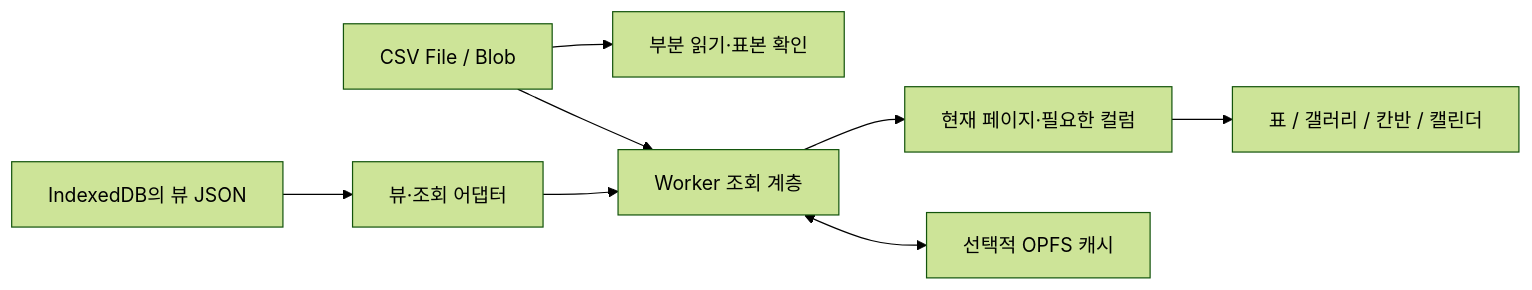
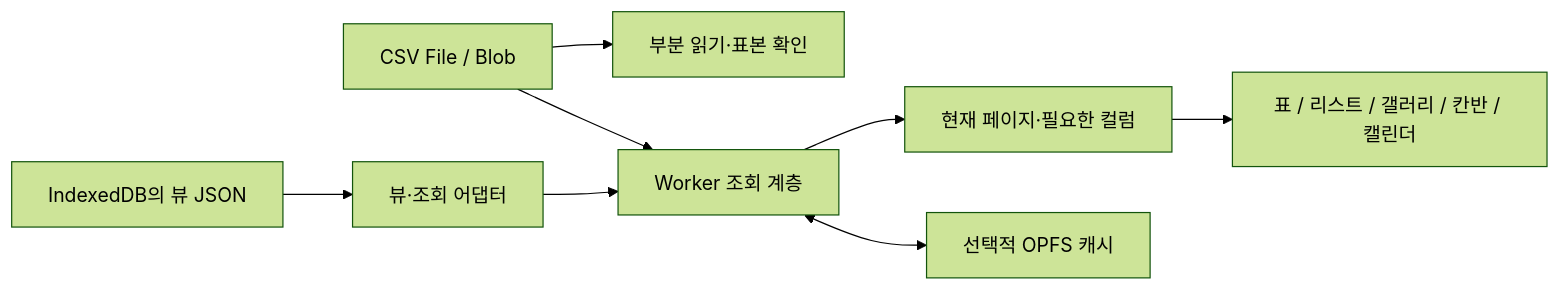
Before and after one commit to m00nlygreat/the_viewer: the diagram in docs/CSV_DYNAMIC_VIEW_PLAN.md, drawn with Mermaid (forest theme). The commit also changed other lines of this file and 5 other files, not shown here.

````diff
--- a/docs/CSV_DYNAMIC_VIEW_PLAN.md
+++ b/docs/CSV_DYNAMIC_VIEW_PLAN.md
@@ -144,10 +144,10 @@
 ```mermaid
 flowchart LR
   A[CSV File / Blob] --> B[부분 읽기·표본 확인]
   A --> C[Worker 조회 계층]
   D[IndexedDB의 뷰 JSON] --> E[뷰·조회 어댑터]
   E --> C
   C --> F[현재 페이지·필요한 컬럼]
-  F --> G[표 / 갤러리 / 칸반 / 캘린더]
+  F --> G[표 / 리스트 / 갤러리 / 칸반 / 캘린더]
   C <--> H[선택적 OPFS 캐시]
 ```
````
